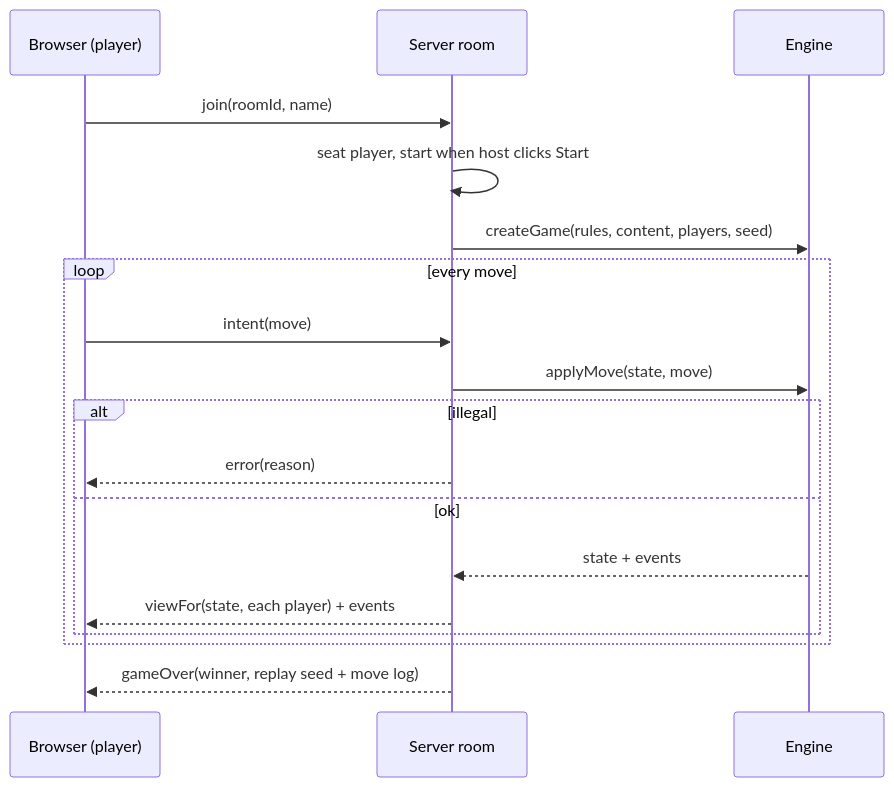
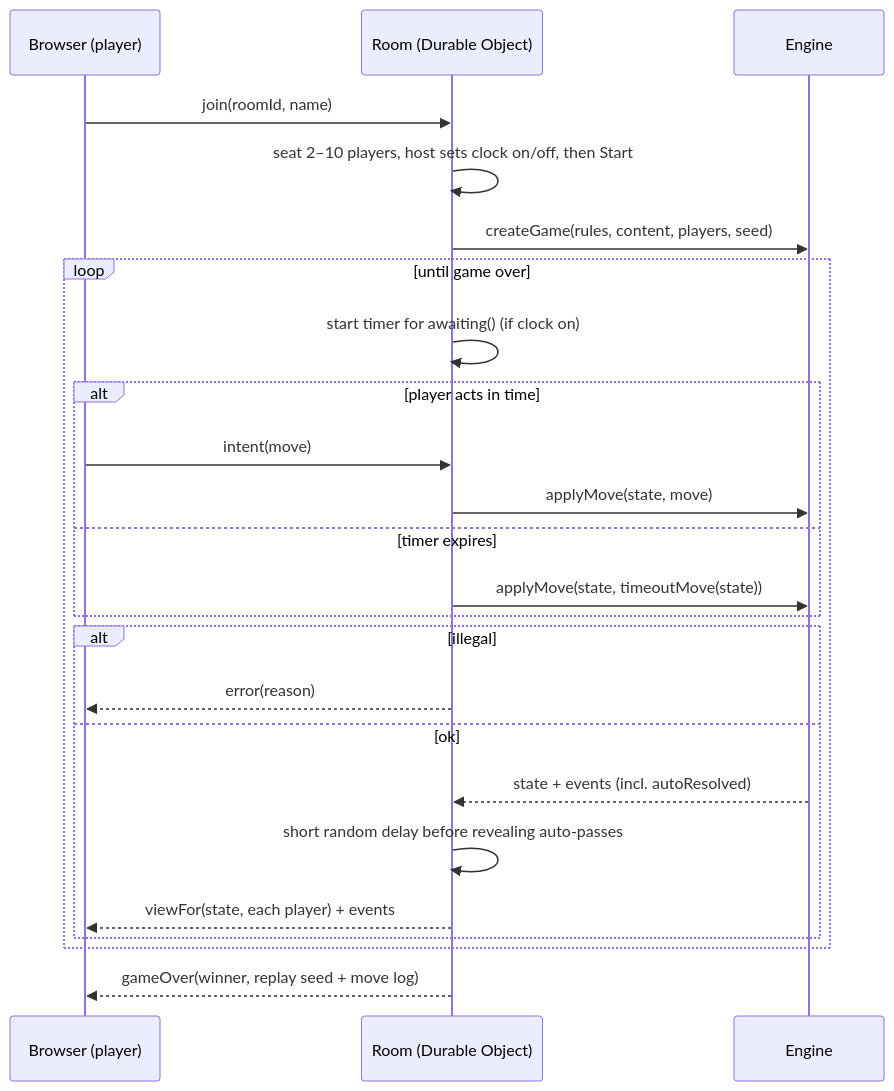
The fourth of 5 diagrams in docs/ARCHITECTURE.md (ddblz/bull-city-blocks), drawn with Mermaid before and after one commit. The commit also changed other lines of this file and 2 other files, not shown here.

First line of the commit message:
docs: v0.2 spec — 14 districts, 2–10 players, landmark/icon upgrades, auto-pass, turn clock, free-tier hosting

````diff
--- a/docs/ARCHITECTURE.md
+++ b/docs/ARCHITECTURE.md
@@ -127,20 +143,26 @@
 ```mermaid
 sequenceDiagram
   participant B as Browser (player)
-  participant S as Server room
+  participant S as Room (Durable Object)
   participant E as Engine
   B->>S: join(roomId, name)
-  S->>S: seat player, start when host clicks Start
+  S->>S: seat 2–10 players, host sets clock on/off, then Start
   S->>E: createGame(rules, content, players, seed)
-  loop every move
-    B->>S: intent(move)
-    S->>E: applyMove(state, move)
+  loop until game over
+    S->>S: start timer for awaiting() (if clock on)
+    alt player acts in time
+      B->>S: intent(move)
+      S->>E: applyMove(state, move)
+    else timer expires
+      S->>E: applyMove(state, timeoutMove(state))
+    end
     alt illegal
       S-->>B: error(reason)
     else ok
-      E-->>S: state + events
+      E-->>S: state + events (incl. autoResolved)
+      S->>S: short random delay before revealing auto-passes
       S-->>B: viewFor(state, each player) + events
     end
   end
   S-->>B: gameOver(winner, replay seed + move log)
 ```
````
